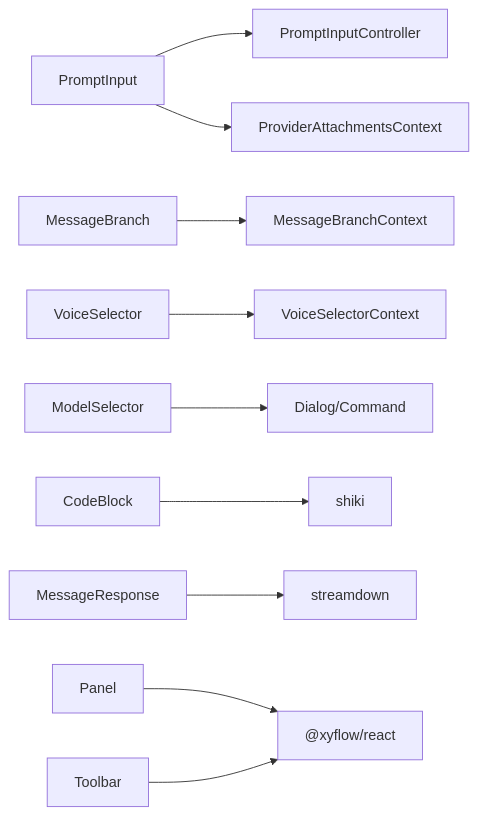
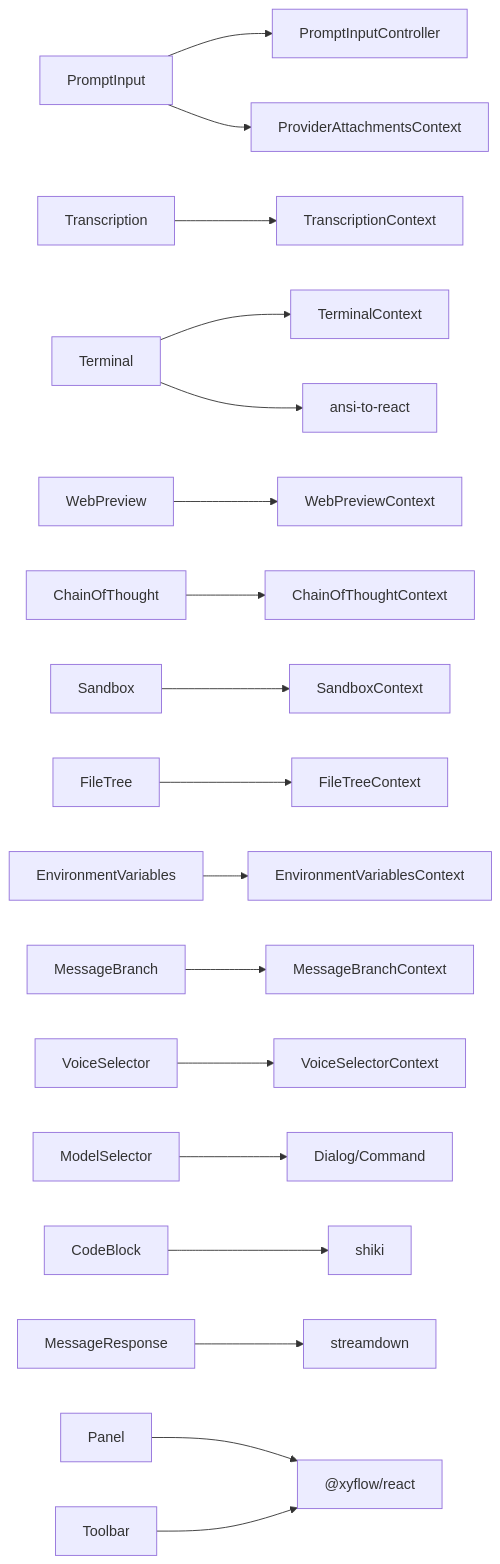
Before and after one commit to MudassarAbrar/FreshRoute-Ai: the eighth of 8 diagrams in .qoder/repowiki/en/content/AI Integration/AI Elements Interface.md, drawn with Mermaid. The commit also changed other lines of this file and 105 other files, not shown here.

````diff
--- a/.qoder/repowiki/en/content/AI Integration/AI Elements Interface.md
+++ b/.qoder/repowiki/en/content/AI Integration/AI Elements Interface.md
@@ -354,12 +507,20 @@
 ```mermaid
 graph LR
 PI["PromptInput"] --> CTX1["PromptInputController"]
 PI --> CTX2["ProviderAttachmentsContext"]
-MSG["MessageBranch"] --> CTX3["MessageBranchContext"]
-VS["VoiceSelector"] --> CTX4["VoiceSelectorContext"]
-MS["ModelSelector"] --> CTX5["Dialog/Command"]
+TR["Transcription"] --> CTX3["TranscriptionContext"]
+TERM["Terminal"] --> CTX4["TerminalContext"]
+WP["WebPreview"] --> CTX5["WebPreviewContext"]
+CT["ChainOfThought"] --> CTX6["ChainOfThoughtContext"]
+SB["Sandbox"] --> CTX7["SandboxContext"]
+FT["FileTree"] --> CTX8["FileTreeContext"]
+EV["EnvironmentVariables"] --> CTX9["EnvironmentVariablesContext"]
+MSG["MessageBranch"] --> CTX10["MessageBranchContext"]
+VS["VoiceSelector"] --> CTX11["VoiceSelectorContext"]
+MS["ModelSelector"] --> CTX12["Dialog/Command"]
 CB["CodeBlock"] --> SHIKI["shiki"]
 MR["MessageResponse"] --> SD["streamdown"]
 PNL["Panel"] --> XYF["@xyflow/react"]
 TLR["Toolbar"] --> XYF
+TERM --> AT["ansi-to-react"]
 ```
````
